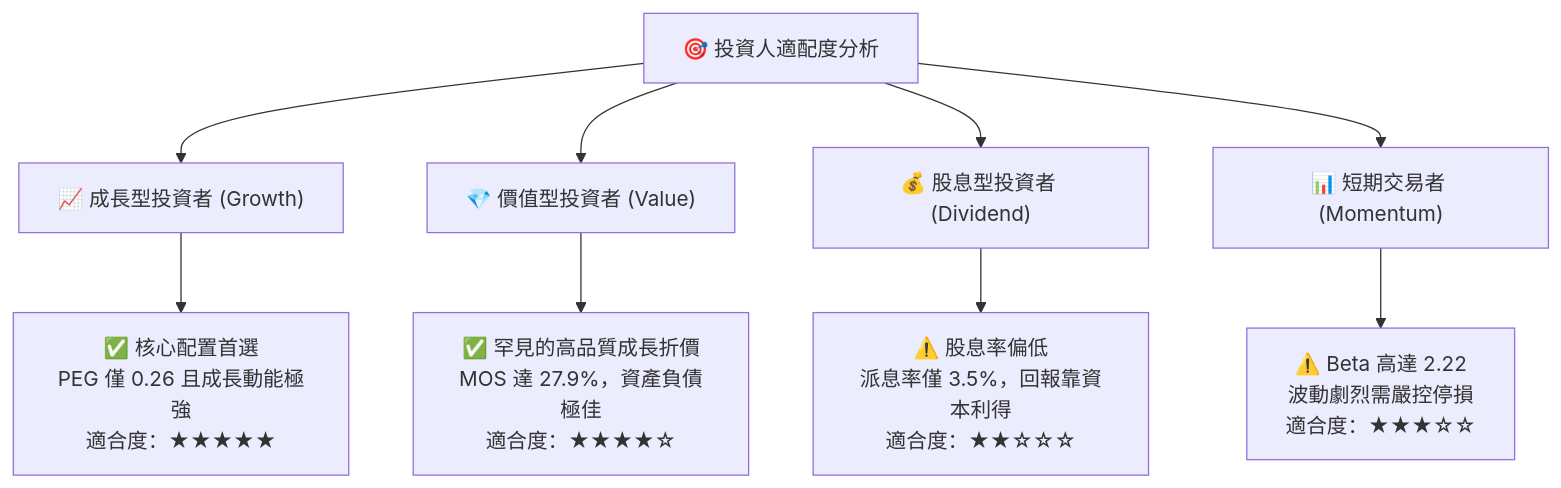
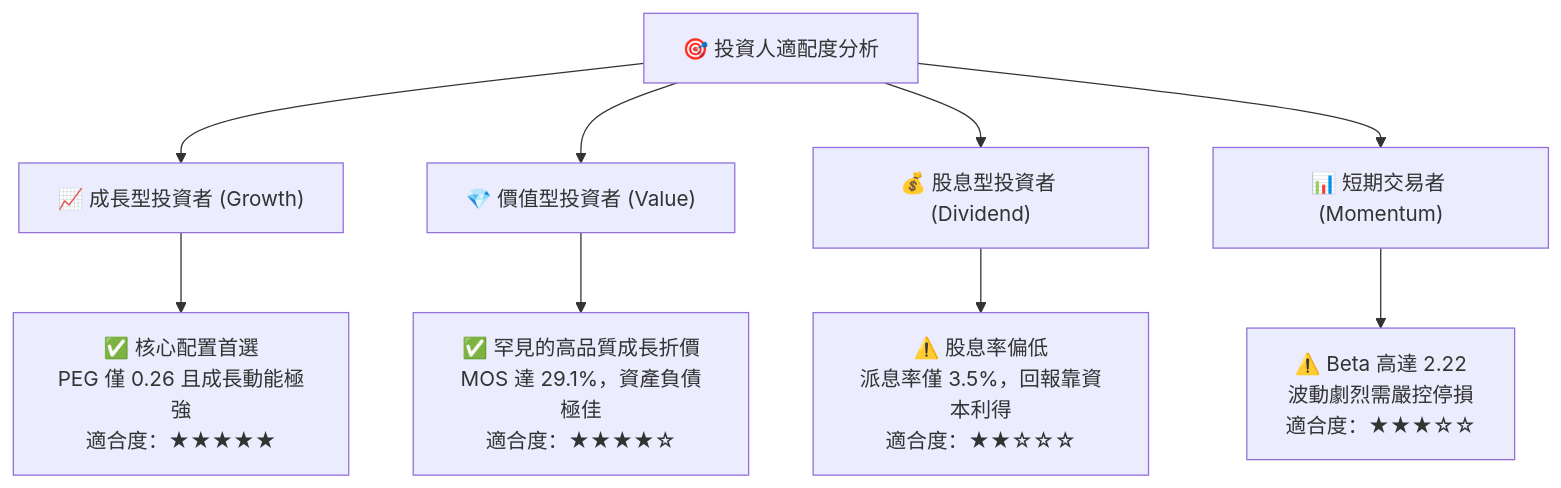
Diagram 15 of 15 in ai_gen_report/fundamental/nvda/fundamental_analysis_2026-10-19_gemini.md (yennanliu/finance_data), drawn with Mermaid before and after one commit. The commit also changed other lines of this file and 339 other files, not shown here.

````diff
--- a/ai_gen_report/fundamental/nvda/fundamental_analysis_2026-10-19_gemini.md
+++ b/ai_gen_report/fundamental/nvda/fundamental_analysis_2026-10-19_gemini.md
@@ -1102,14 +1117,14 @@
 ```mermaid
 graph TD
     INV["🎯 投資人適配度分析"]
 
     INV --> G["📈 成長型投資者 (Growth)"]
     INV --> V["💎 價值型投資者 (Value)"]
     INV --> D["💰 股息型投資者 (Dividend)"]
     INV --> T["📊 短期交易者 (Momentum)"]
 
     G --> G1["✅ 核心配置首選<br/>PEG 僅 0.26 且成長動能極強<br/>適合度：★★★★★"]
-    V --> V1["✅ 罕見的高品質成長折價<br/>MOS 達 27.9%，資產負債極佳<br/>適合度：★★★★☆"]
+    V --> V1["✅ 罕見的高品質成長折價<br/>MOS 達 29.1%，資產負債極佳<br/>適合度：★★★★☆"]
     D --> D1["⚠️ 股息率偏低<br/>派息率僅 3.5%，回報靠資本利得<br/>適合度：★★☆☆☆"]
     T --> T1["⚠️ Beta 高達 2.22<br/>波動劇烈需嚴控停損<br/>適合度：★★★☆☆"]
 ```
````
